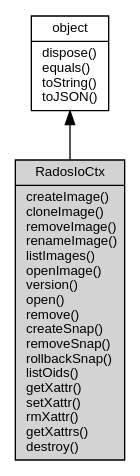
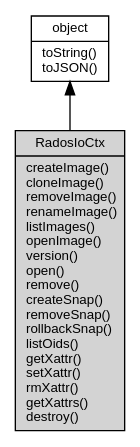
One commit to asionius/fibjs-ceph changed the diagram in docs/object/ifs/RadosIoCtx.md. Above: the diagram before and after it, drawn with Graphviz. The commit also changed other lines of this file and 138 other files, not shown here.

````diff
--- a/docs/object/ifs/RadosIoCtx.md
+++ b/docs/object/ifs/RadosIoCtx.md
@@ -16,10 +16,10 @@
 ```dot
 digraph {
     node [fontname="Helvetica,sans-Serif", fontsize=10, shape="record", style="filled", fillcolor="white"];
 
-    object [tooltip="object", URL="object.md", label="{object|dispose()\lequals()\ltoString()\ltoJSON()\l}"];
-    RadosIoCtx [tooltip="RadosIoCtx", fillcolor="lightgray", label="{RadosIoCtx|createImage()\lcloneImage()\lremoveImage()\lrenameImage()\llistImages()\lopenImage()\lversion()\lopen()\lremove()\lcreateSnap()\lremoveSnap()\lrollbackSnap()\llistOids()\lgetXattr()\lsetXattr()\lrmXattr()\lgetXattrs()\ldestroy()\l}"];
+    object [tooltip="object", URL="object.md", label="{object|toString()\ltoJSON()\l}"];
+    RadosIoCtx [tooltip="RadosIoCtx", fillcolor="lightgray", id="me", label="{RadosIoCtx|createImage()\lcloneImage()\lremoveImage()\lrenameImage()\llistImages()\lopenImage()\lversion()\lopen()\lremove()\lcreateSnap()\lremoveSnap()\lrollbackSnap()\llistOids()\lgetXattr()\lsetXattr()\lrmXattr()\lgetXattrs()\ldestroy()\l}"];
 
     object -> RadosIoCtx [dir=back];
 }
 ```
````
